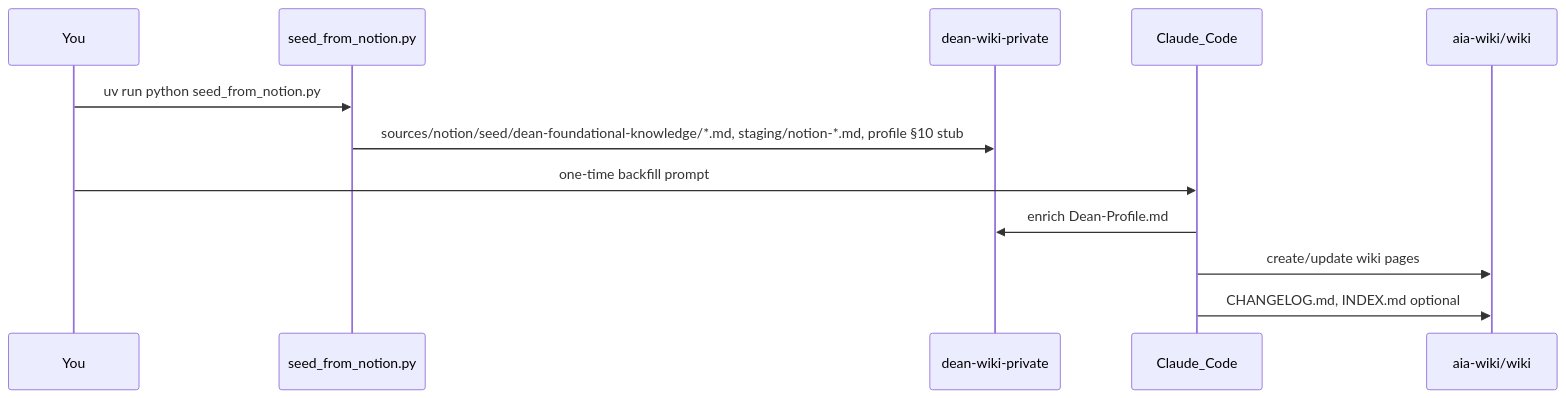
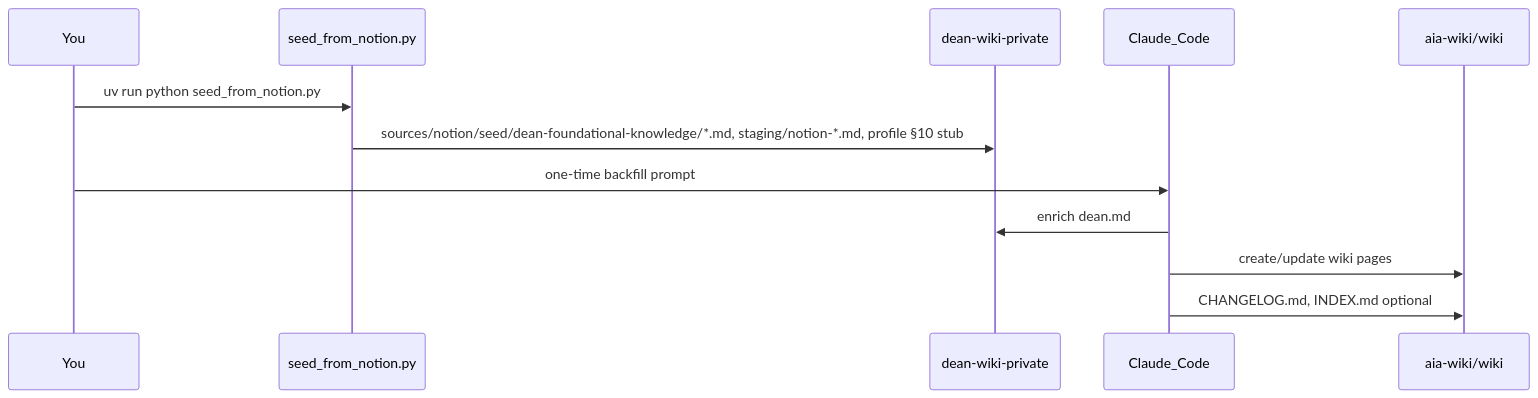
Before and after one commit to dean2727/aia-wiki: the second of 2 diagrams in specs/notion_wiki_seeding.plan.md, drawn with Mermaid. The commit also changed other lines of this file and 19 other files, not shown here.

````diff
--- a/specs/notion_wiki_seeding.plan.md
+++ b/specs/notion_wiki_seeding.plan.md
@@ -213,15 +213,15 @@
 ```mermaid
 sequenceDiagram
   participant You
   participant Seed as seed_from_notion.py
   participant Private as dean-wiki-private
   participant Claude as Claude_Code
   participant Wiki as aia-wiki/wiki
 
   You->>Seed: uv run python seed_from_notion.py
   Seed->>Private: sources/notion/seed/dean-foundational-knowledge/*.md, staging/notion-*.md, profile §10 stub
   You->>Claude: one-time backfill prompt
-  Claude->>Private: enrich Dean-Profile.md
+  Claude->>Private: enrich dean.md
   Claude->>Wiki: create/update wiki pages
   Claude->>Wiki: CHANGELOG.md, INDEX.md optional
 ```
````
